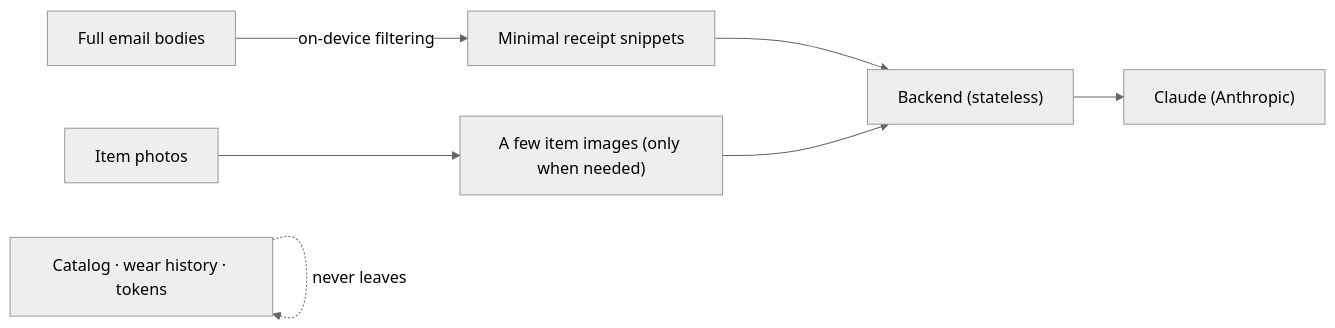
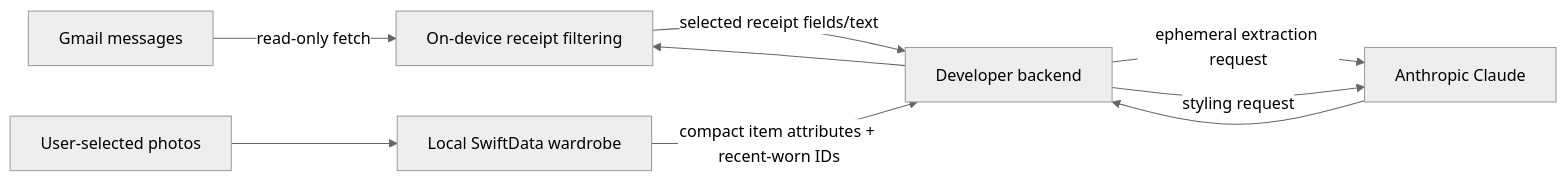
Before and after one commit to tzehon/wardrobe-stylist: the diagram in docs/privacy.md, drawn with Mermaid (neutral theme). The commit also changed other lines of this file and 6 other files, not shown here.

````diff
--- a/docs/privacy.md
+++ b/docs/privacy.md
@@ -31,9 +25,10 @@
 ```mermaid
 flowchart LR
-    Mail["Full email bodies"] -->|on-device filtering| Snip["Minimal receipt snippets"]
-    Photos["Item photos"] --> Few["A few item images (only when needed)"]
-    Snip --> API["Backend (stateless)"]
-    Few --> API
-    API --> Claude["Claude (Anthropic)"]
-    Cat["Catalog · wear history · tokens"] -. never leaves .-> Cat
+    Gmail["Gmail messages"] -->|"read-only fetch"| Device["On-device receipt filtering"]
+    Device -->|"selected receipt fields/text"| API["Developer backend"]
+    API -->|"ephemeral extraction request"| Claude["Anthropic Claude"]
+    Photos["User-selected photos"] --> Catalog["Local SwiftData wardrobe"]
+    Catalog -->|"compact item attributes + recent-worn IDs"| API
+    API -->|"styling request"| Claude
+    Claude --> API --> Device
 ```
````
